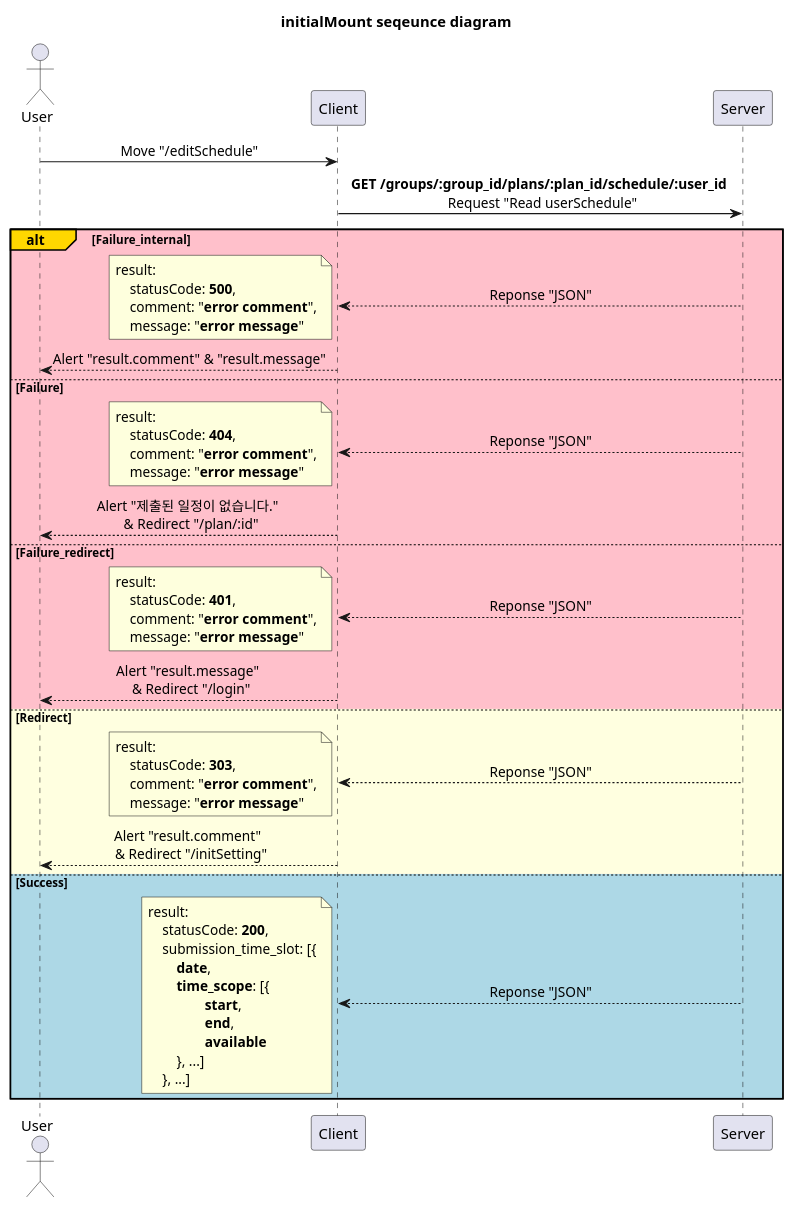
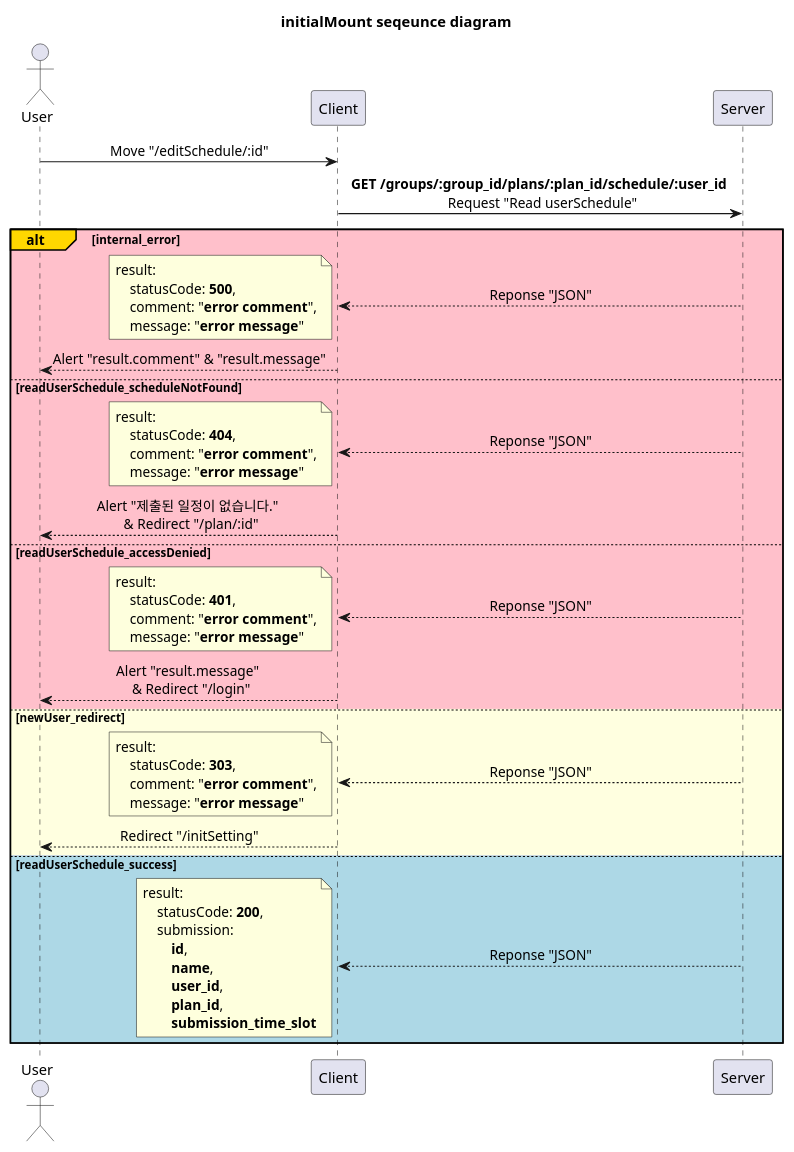
Before and after one commit to devSeungBin/SSCS: the diagram in diagram/editSchedule_page/initialMount.puml, drawn with PlantUML. The commit also changed 19 other files, not shown here.

```diff
--- a/diagram/editSchedule_page/initialMount.puml
+++ b/diagram/editSchedule_page/initialMount.puml
@@ -1,73 +1,71 @@
 @startuml initialMount
-'http://localhost:3000/editSchedule
+'http://localhost:3000/editSchedule/:id
 
 title initialMount seqeunce diagram
 
 skinparam SequenceMessageAlignment center
 
 participant Server order 30
 participant Client order 20
 actor User order 10
 
-User -> Client: Move "/editSchedule"
+User -> Client: Move "/editSchedule/:id"
 
 Client -> Server: **GET /groups/:group_id/plans/:plan_id/schedule/:user_id** \n Request "Read userSchedule"
 
-alt#Gold #Pink Failure_internal
+alt#Gold #Pink internal_error
     Client <-- Server: Reponse "JSON"
     note left
         result:
             statusCode: **500**,
             comment: "**error comment**",
             message: "**error message**"
     end note
     User <-- Client: Alert "result.comment" & "result.message"
 
-else #Pink Failure
+else #Pink readUserSchedule_scheduleNotFound
     Client <-- Server: Reponse "JSON"
     note left
         result:
             statusCode: **404**,
             comment: "**error comment**",
             message: "**error message**"
     end note
     User <-- Client: Alert "제출된 일정이 없습니다." \n & Redirect "/plan/:id"
 
-else #Pink Failure_redirect
+else #Pink readUserSchedule_accessDenied
     Client <-- Server: Reponse "JSON"
     note left
         result:
             statusCode: **401**,
             comment: "**error comment**",
             message: "**error message**"
     end note
     User <-- Client: Alert "result.message" \n & Redirect "/login"
 
-else #LightYellow Redirect
+else #LightYellow newUser_redirect
     Client <-- Server: Reponse "JSON"
     note left
         result:
             statusCode: **303**,
             comment: "**error comment**",
             message: "**error message**"
     end note
-    User <-- Client: Alert "result.comment" \n & Redirect "/initSetting"
+    User <-- Client: Redirect "/initSetting"
 
-else #LightBlue Success
+else #LightBlue readUserSchedule_success
     Client <-- Server: Reponse "JSON"
     note left
         result:
             statusCode: **200**,
-            submission_time_slot: [{
-                **date**,
-                **time_scope**: [{
-                        **start**,
-                        **end**,
-                        **available**
-                }, ...]
-            }, ...]
+            submission:
+                **id**,
+                **name**,
+                **user_id**,
+                **plan_id**,
+                **submission_time_slot**
     end note
 
 end
 
 @enduml
```
